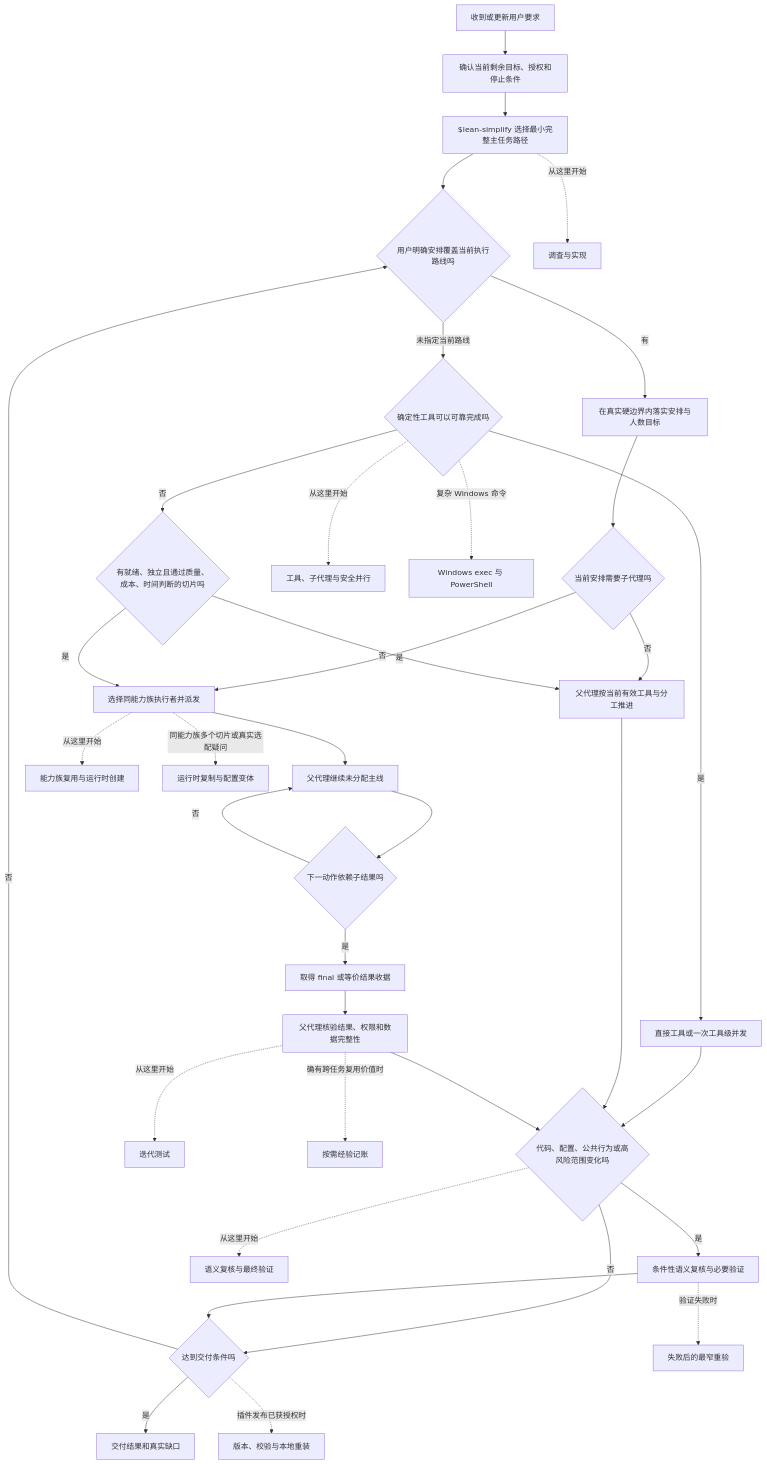
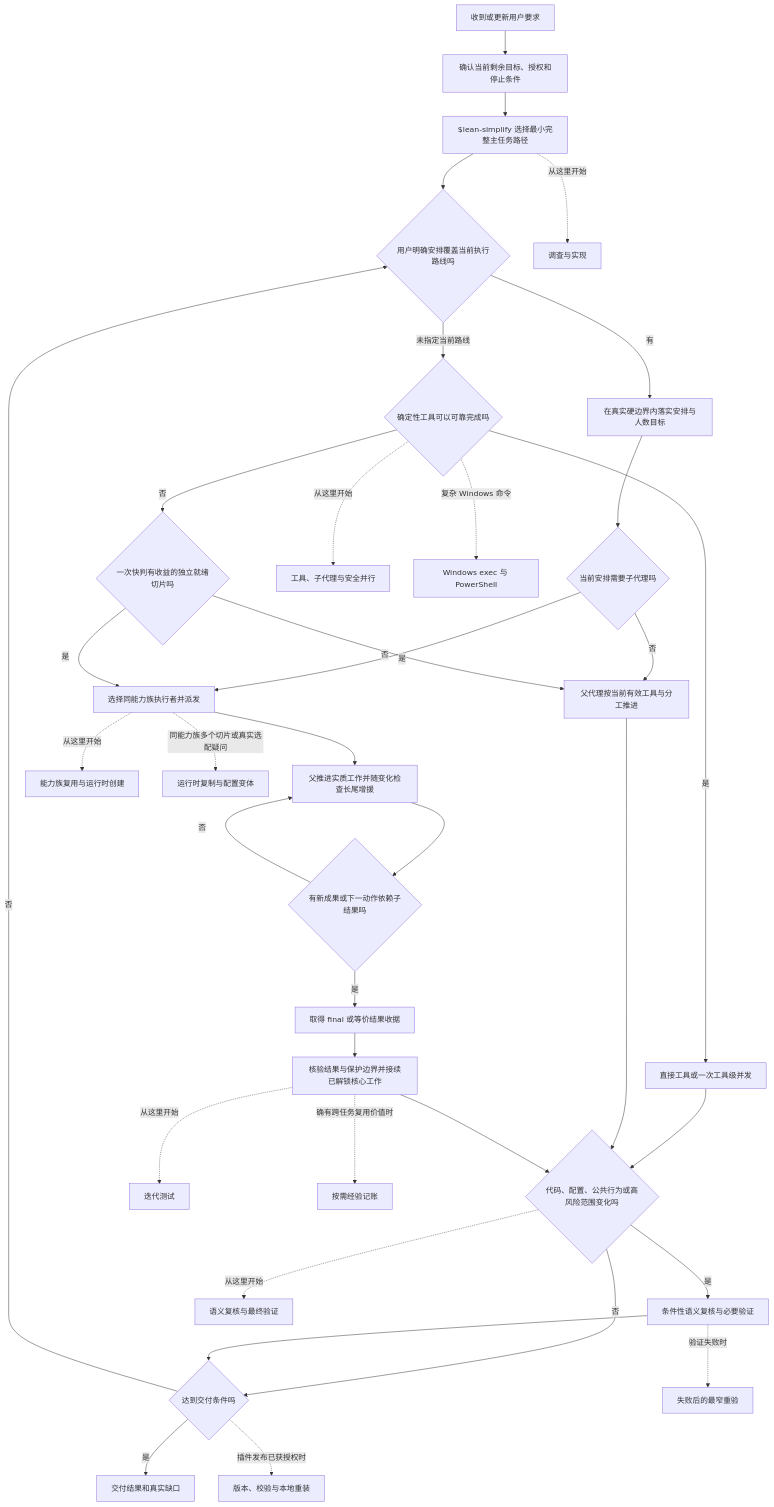
One commit to Lang45/codex-lean-stack changed the first of 17 diagrams in skills/lean-stack/references/flowcharts-zh.md. Above: the diagram before and after it, drawn with Mermaid. The commit also changed other lines of this file and 14 other files, not shown here.

````diff
--- a/skills/lean-stack/references/flowcharts-zh.md
+++ b/skills/lean-stack/references/flowcharts-zh.md
@@ -11,39 +11,39 @@
 ```mermaid
 flowchart TD
     A[收到或更新用户要求] --> B[确认当前剩余目标、授权和停止条件]
     B --> C[$lean-simplify 选择最小完整主任务路径]
     C --> U{用户明确安排覆盖当前执行路线吗}
     U -->|有| V[在真实硬边界内落实安排与人数目标]
     V --> W{当前安排需要子代理吗}
     W -->|是| H[选择同能力族执行者并派发]
     W -->|否| G[父代理按当前有效工具与分工推进]
     U -->|未指定当前路线| D{确定性工具可以可靠完成吗}
     D -->|是| E[直接工具或一次工具级并发]
-    D -->|否| F{有就绪、独立且通过质量、成本、时间判断的切片吗}
+    D -->|否| F{一次快判有收益的独立就绪切片吗}
     F -->|否| G
     F -->|是| H
-    H --> I[父代理继续未分配主线]
-    I --> J{下一动作依赖子结果吗}
+    H --> I[父推进实质工作并随变化检查长尾增援]
+    I --> J{有新成果或下一动作依赖子结果吗}
     J -->|否| I
     J -->|是| K[取得 final 或等价结果收据]
-    K --> L[父代理核验结果、权限和数据完整性]
+    K --> L[核验结果与保护边界并接续已解锁核心工作]
     E --> M{代码、配置、公共行为或高风险范围变化吗}
     G --> M
     L --> M
     M -->|是| N[条件性语义复核与必要验证]
     M -->|否| O{达到交付条件吗}
     N --> O
     O -->|否| U
     O -->|是| P[交付结果和真实缺口]
 
     D -. 从这里开始 .-> AUXTOOLS[工具、子代理与安全并行]
     D -. 复杂 Windows 命令 .-> AUXWINDOWS[Windows exec 与 PowerShell]
     H -. 从这里开始 .-> AUXCAP[能力族复用与运行时创建]
     H -. 同能力族多个切片或真实选配疑问 .-> AUXCOPY[运行时复制与配置变体]
     C -. 从这里开始 .-> AUXWORK[调查与实现]
     L -. 从这里开始 .-> AUXTEST[迭代测试]
     M -. 从这里开始 .-> AUXVERIFY[语义复核与最终验证]
     N -. 验证失败时 .-> AUXRETRY[失败后的最窄重验]
     L -. 确有跨任务复用价值时 .-> AUXMEMORY[按需经验记账]
     O -. 插件发布已获授权时 .-> AUXRELEASE[版本、校验与本地重装]
 ```
````
